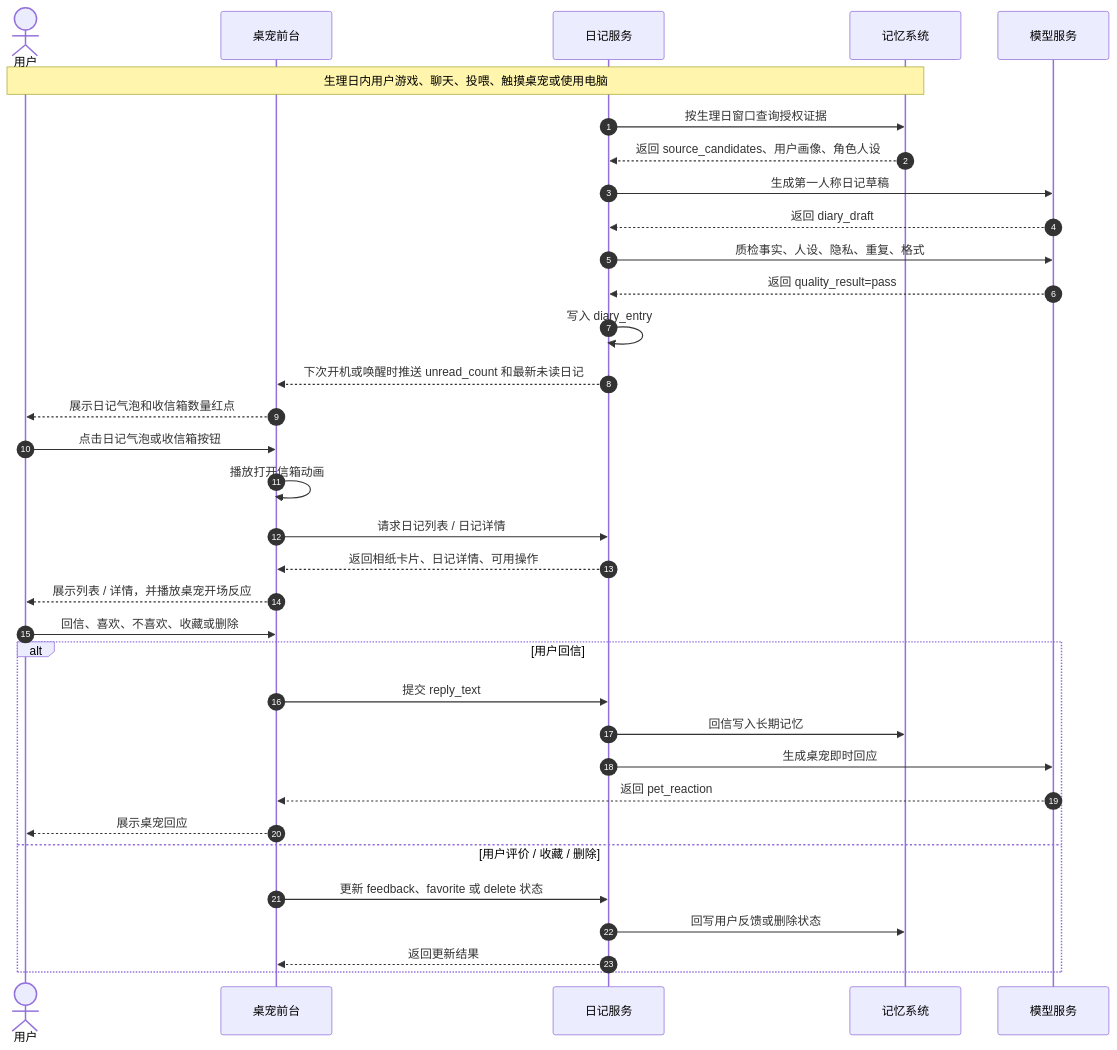
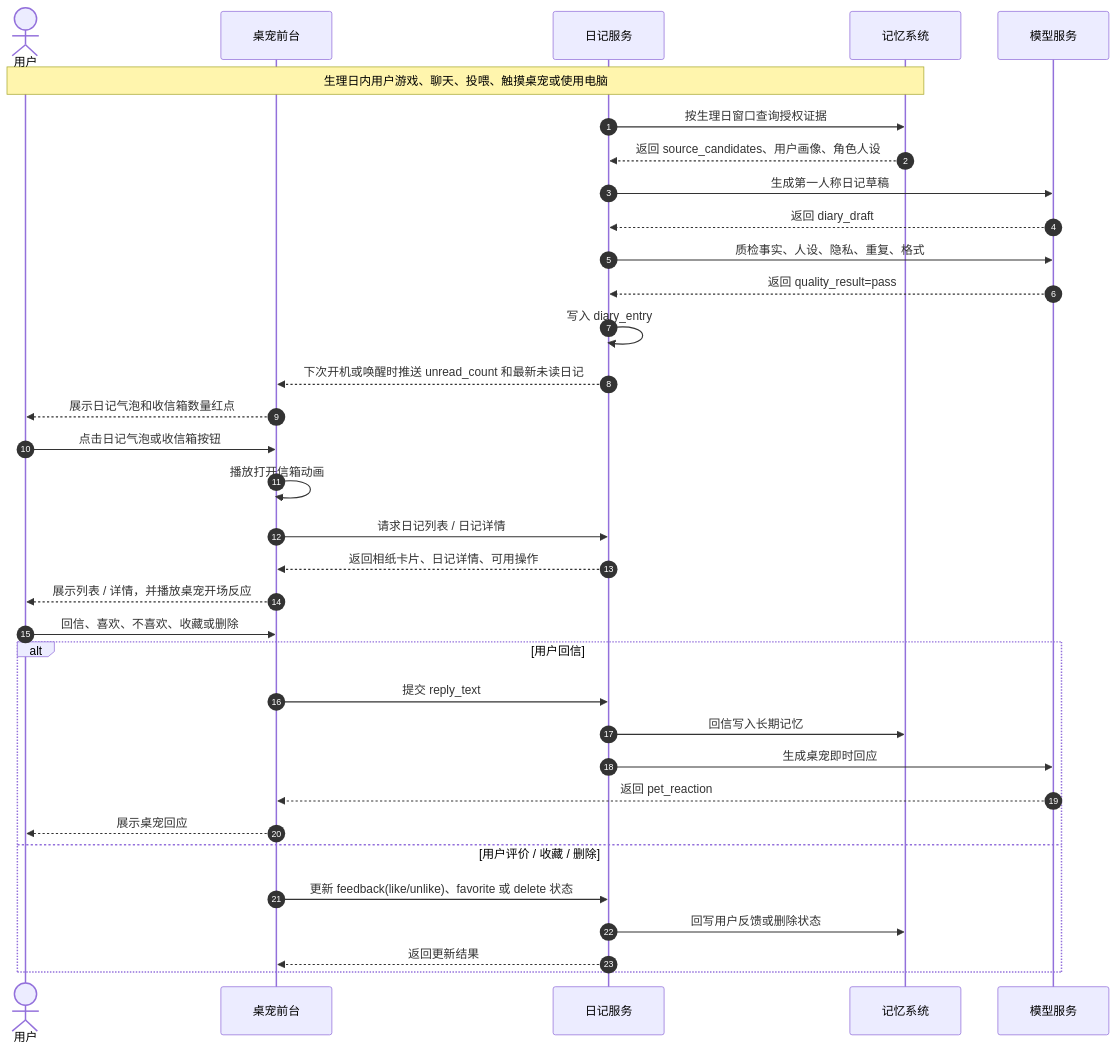
One commit to uu-yaya/ai-product-builder changed the first of 4 diagrams in projects/desktop-pet/01-pm/branches/Diary/DIARY_MODULE_REQUIREMENTS.md. Above: the diagram before and after it, drawn with Mermaid. The commit also changed other lines of this file, not shown here.

Commit message:
edit projects/desktop-pet/01-pm/branches/Diary/DIARY_MODULE_REQUIREMENTS.md via md-canvas

````diff
--- a/projects/desktop-pet/01-pm/branches/Diary/DIARY_MODULE_REQUIREMENTS.md
+++ b/projects/desktop-pet/01-pm/branches/Diary/DIARY_MODULE_REQUIREMENTS.md
@@ -71,37 +71,37 @@
 ```mermaid
 sequenceDiagram
   autonumber
   actor U as 用户
   participant Pet as 桌宠前台
   participant Diary as 日记服务
   participant Mem as 记忆系统
   participant Model as 模型服务
 
   Note over U,Mem: 生理日内用户游戏、聊天、投喂、触摸桌宠或使用电脑
   Diary->>Mem: 按生理日窗口查询授权证据
   Mem-->>Diary: 返回 source_candidates、用户画像、角色人设
   Diary->>Model: 生成第一人称日记草稿
   Model-->>Diary: 返回 diary_draft
   Diary->>Model: 质检事实、人设、隐私、重复、格式
   Model-->>Diary: 返回 quality_result=pass
   Diary->>Diary: 写入 diary_entry
   Diary-->>Pet: 下次开机或唤醒时推送 unread_count 和最新未读日记
   Pet-->>U: 展示日记气泡和收信箱数量红点
   U->>Pet: 点击日记气泡或收信箱按钮
   Pet->>Pet: 播放打开信箱动画
   Pet->>Diary: 请求日记列表 / 日记详情
   Diary-->>Pet: 返回相纸卡片、日记详情、可用操作
   Pet-->>U: 展示列表 / 详情，并播放桌宠开场反应
   U->>Pet: 回信、喜欢、不喜欢、收藏或删除
   alt 用户回信
     Pet->>Diary: 提交 reply_text
     Diary->>Mem: 回信写入长期记忆
     Diary->>Model: 生成桌宠即时回应
     Model-->>Pet: 返回 pet_reaction
     Pet-->>U: 展示桌宠回应
   else 用户评价 / 收藏 / 删除
-    Pet->>Diary: 更新 feedback、favorite 或 delete 状态
+    Pet->>Diary: 更新 feedback(like/unlike)、favorite 或 delete 状态
     Diary->>Mem: 回写用户反馈或删除状态
     Diary-->>Pet: 返回更新结果
   end
 ```
````
